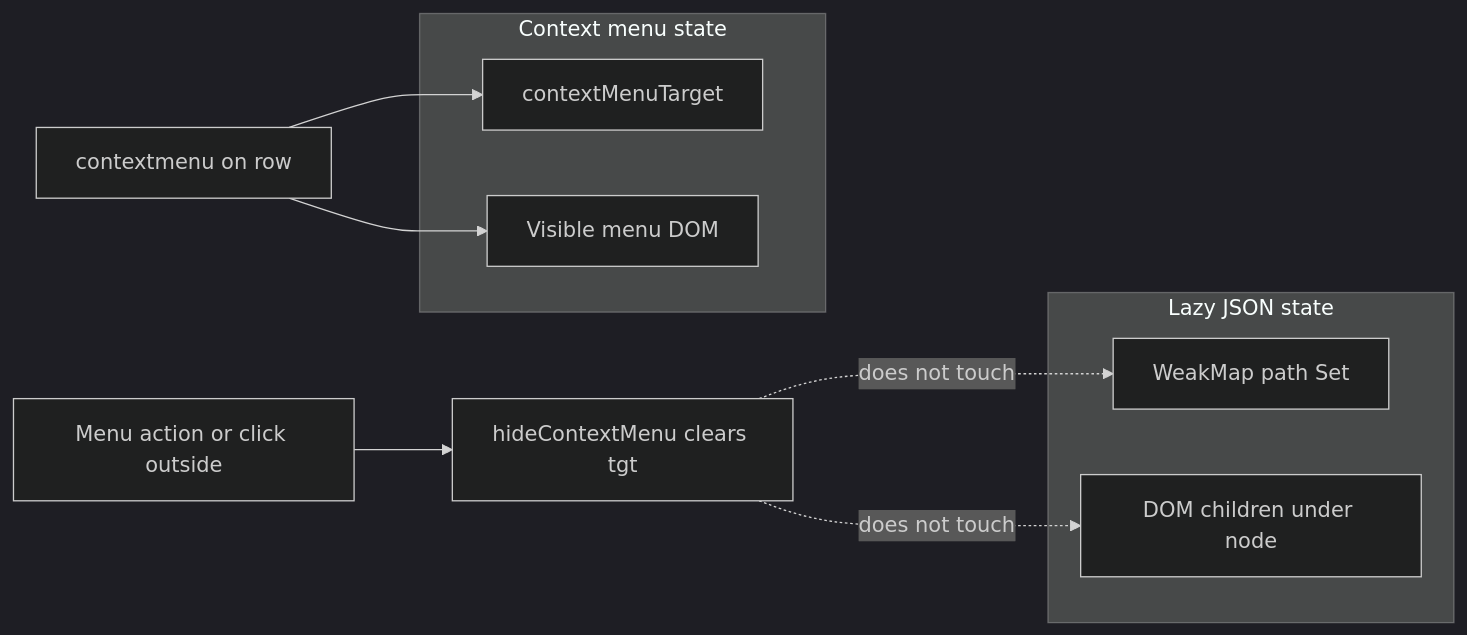
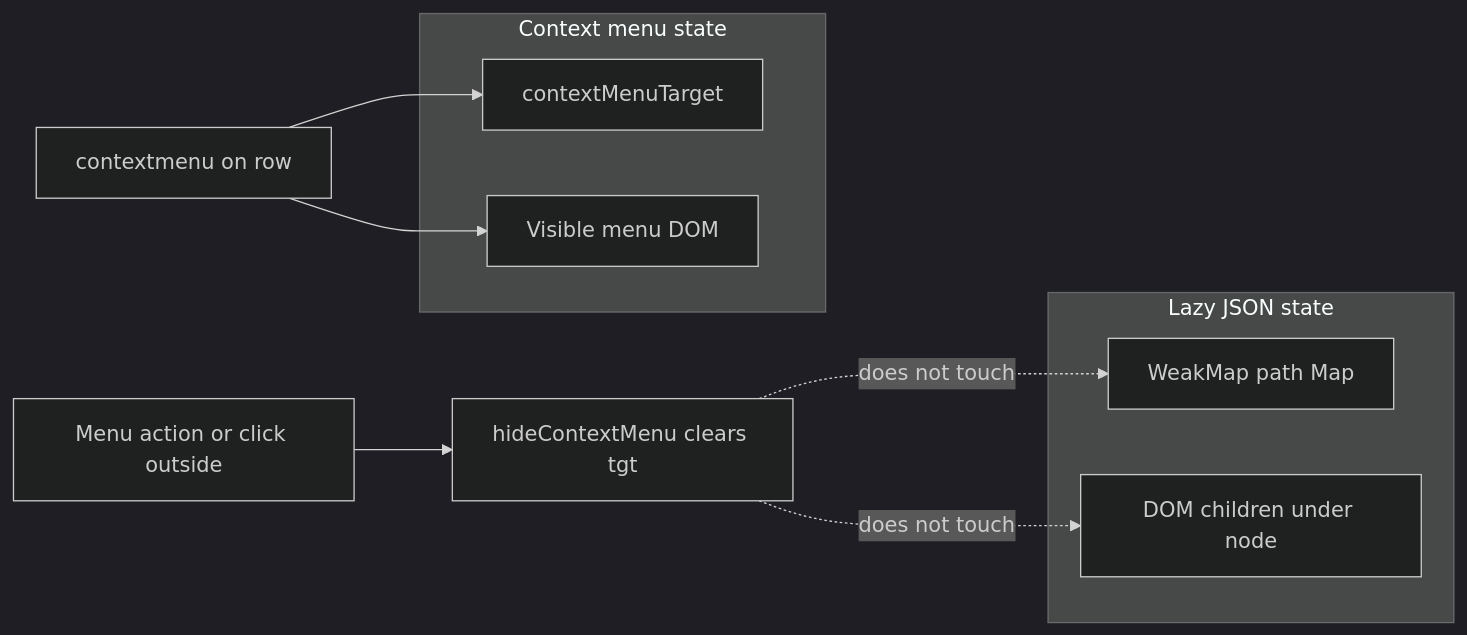
Before and after one commit to suryaadi44/slog-viewer: the fourth of 4 diagrams in src/docs/lazyCollapsibleJson.md, drawn with Mermaid (dark theme). The commit also changed other lines of this file and 3 other files, not shown here.

````diff
--- a/src/docs/lazyCollapsibleJson.md
+++ b/src/docs/lazyCollapsibleJson.md
@@ -104,18 +107,18 @@
 ```mermaid
 flowchart LR
   subgraph lazy [Lazy JSON state]
-    WM[WeakMap path Set]
+    WM[WeakMap path Map]
     DOM[DOM children under node]
   end
 
   subgraph ctxMenu [Context menu state]
     tgt[contextMenuTarget]
     menu[Visible menu DOM]
   end
 
   rightClick[contextmenu on row] --> tgt
   rightClick --> menu
   action[Menu action or click outside] --> hide[hideContextMenu clears tgt]
   hide -.->|does not touch| WM
   hide -.->|does not touch| DOM
 ```
````
